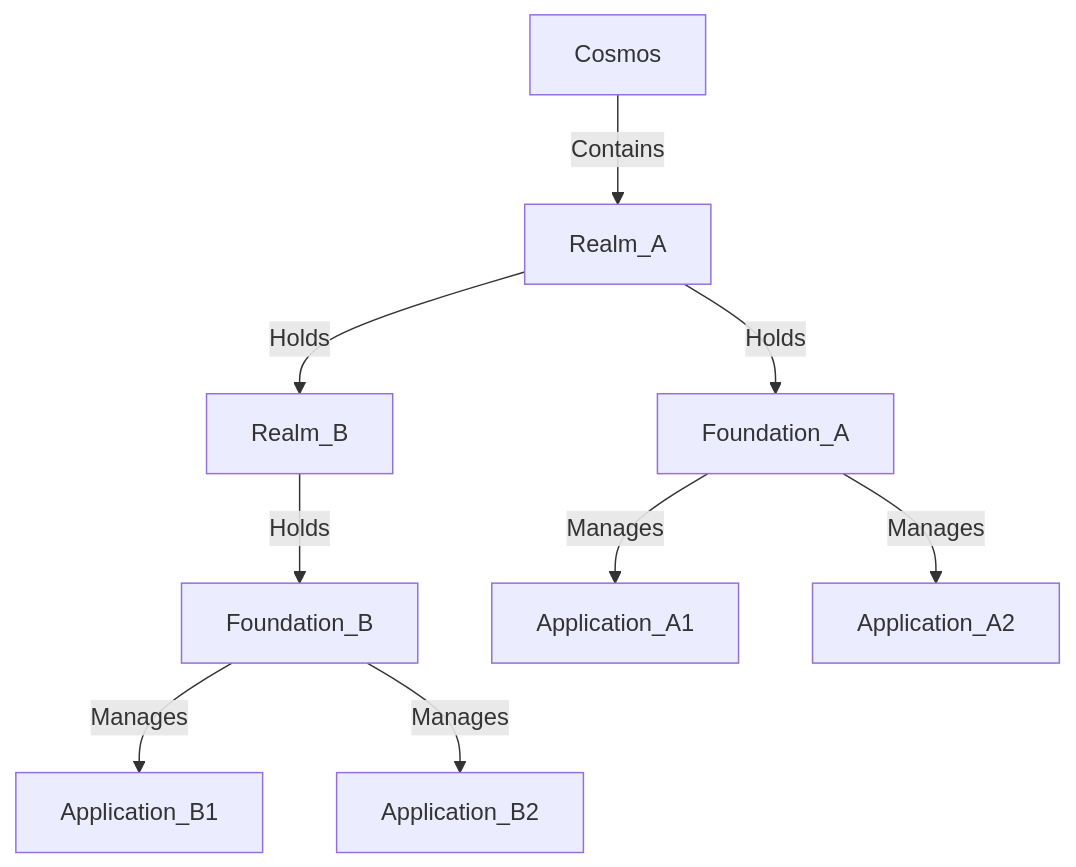
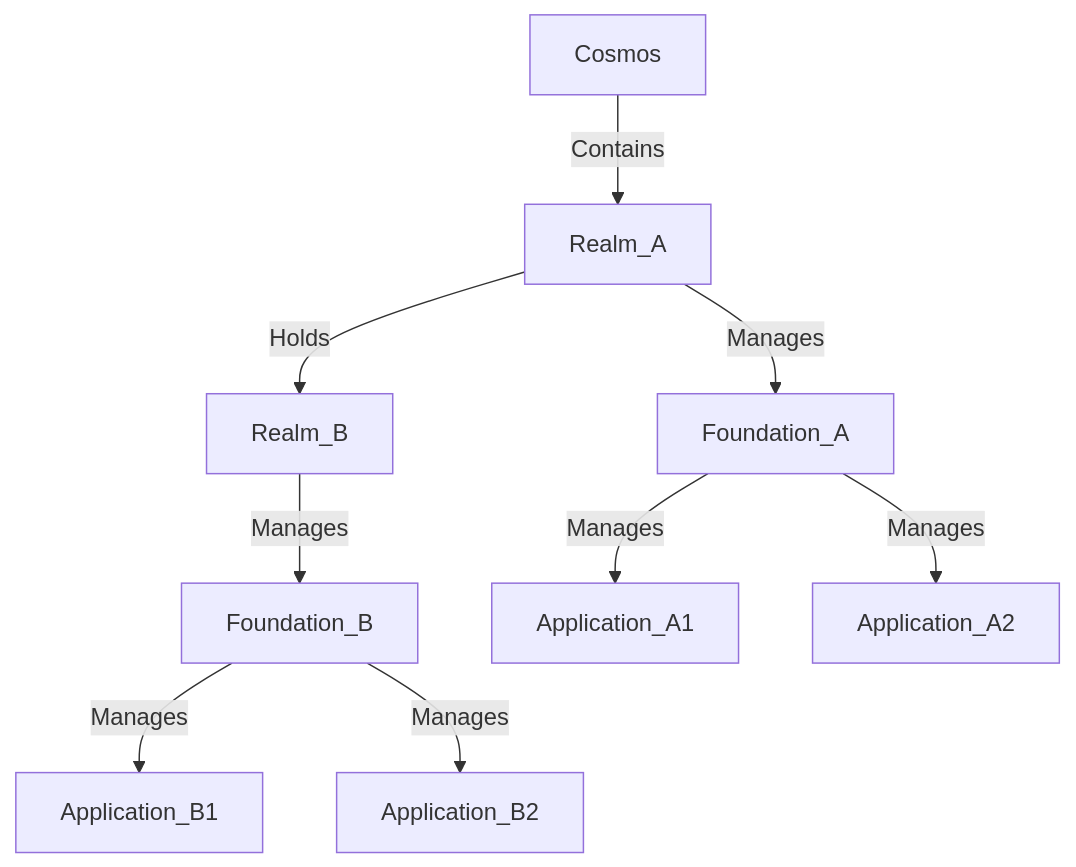
One commit to x-i-a/xia-framework changed the first of 3 diagrams in README.md. Above: the diagram before and after it, drawn with Mermaid. The commit also changed other lines of this file and 2 other files, not shown here.

````diff
--- a/README.md
+++ b/README.md
@@ -11,11 +11,11 @@
 ```mermaid
 graph TD
     Cosmos -->|Contains| Realm_A
     Realm_A -->|Holds| Realm_B
-    Realm_A -->|Holds| Foundation_A
-    Realm_B -->|Holds| Foundation_B
+    Realm_A -->|Manages| Foundation_A
+    Realm_B -->|Manages| Foundation_B
     Foundation_A -->|Manages| Application_A1
     Foundation_A -->|Manages| Application_A2
     Foundation_B -->|Manages| Application_B1
     Foundation_B -->|Manages| Application_B2
 ```
````
